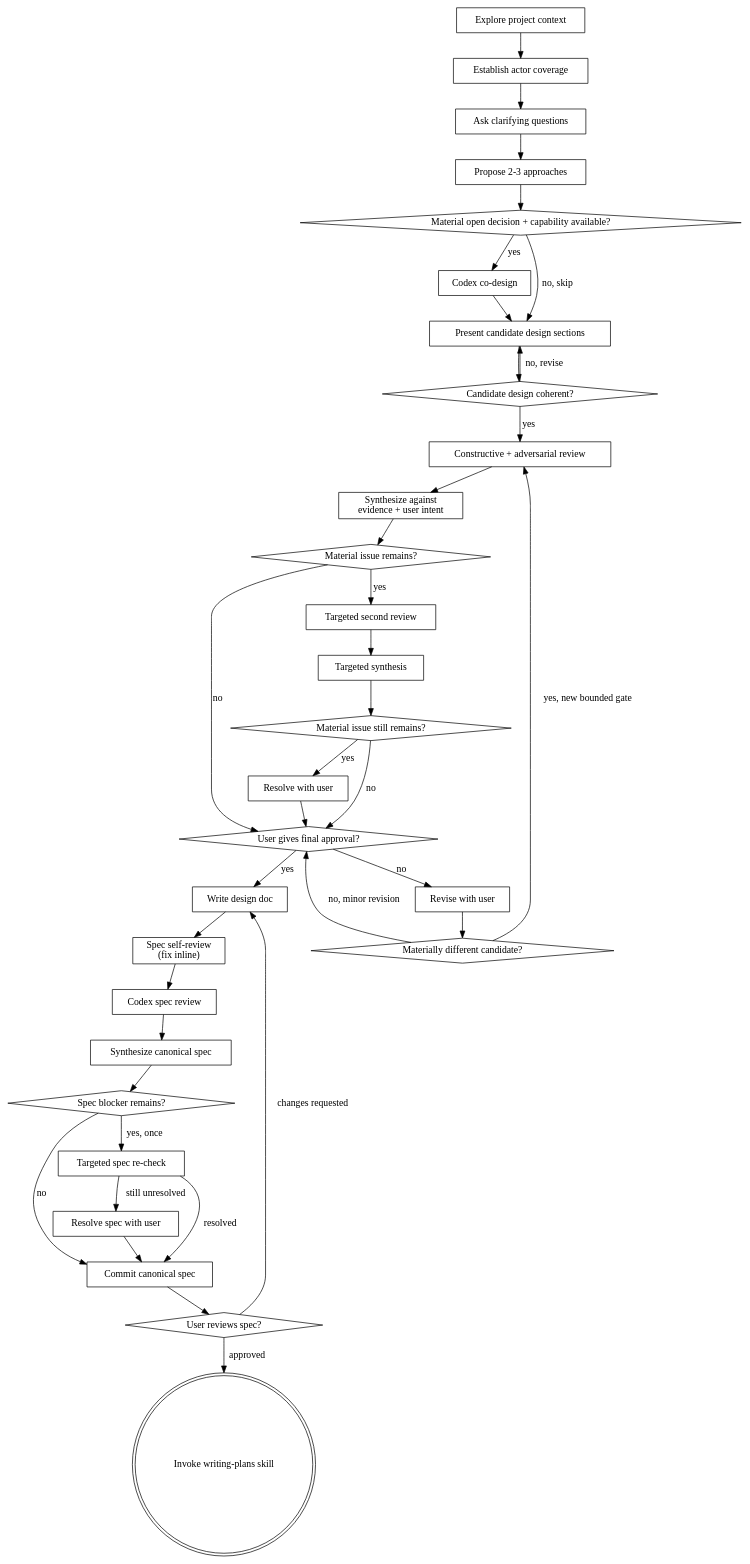
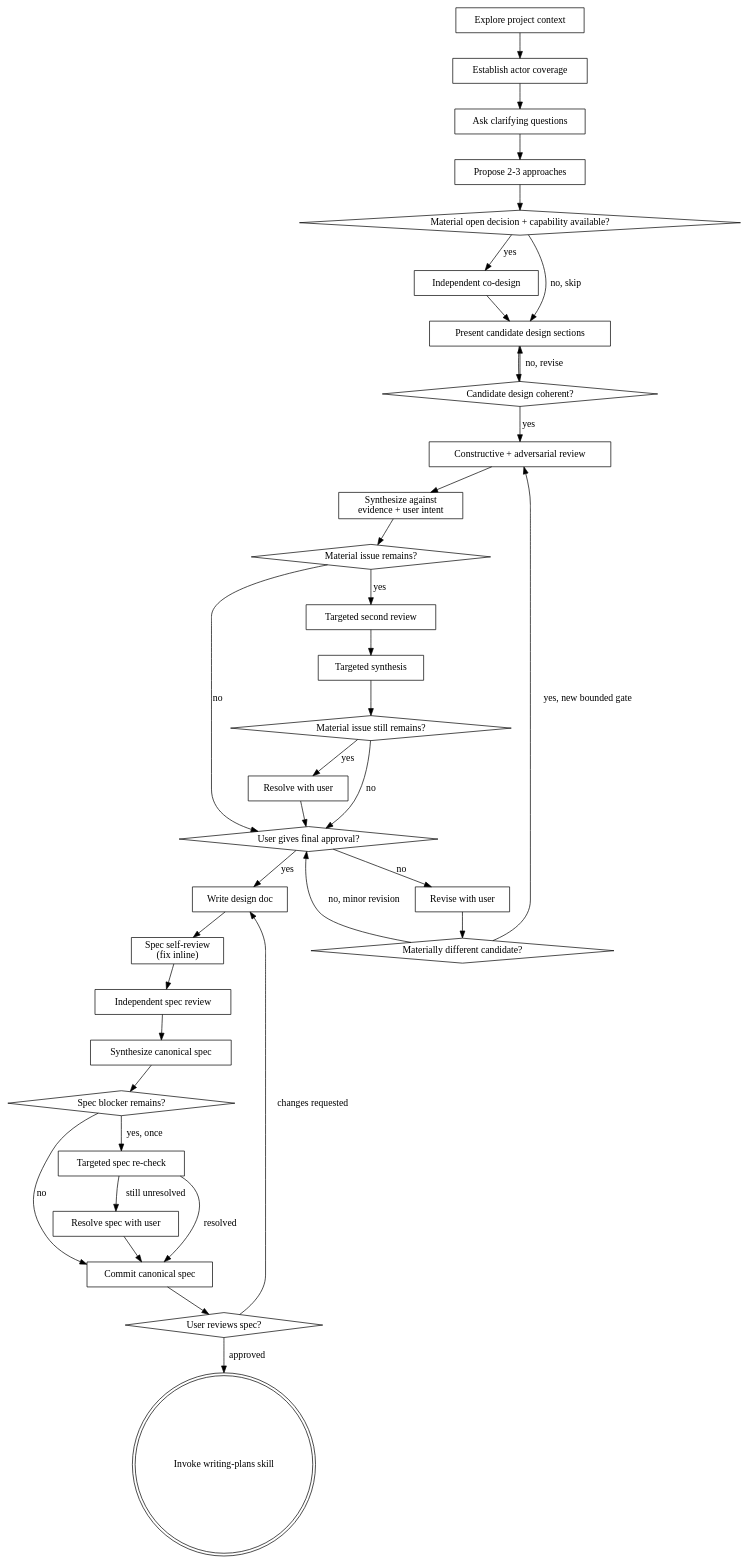
The diagram in skills/brainstorming/SKILL.md (stratusdesign/sd-superpowers), drawn with Graphviz before and after one commit. The commit also changed other lines of this file and 5 other files, not shown here.

````diff
--- a/skills/brainstorming/SKILL.md
+++ b/skills/brainstorming/SKILL.md
@@ -40,69 +40,69 @@
 ```dot
 digraph brainstorming {
     "Explore project context" [shape=box];
     "Establish actor coverage" [shape=box];
     "Ask clarifying questions" [shape=box];
     "Propose 2-3 approaches" [shape=box];
     "Material open decision + capability available?" [shape=diamond];
-    "Codex co-design" [shape=box];
+    "Independent co-design" [shape=box];
     "Present candidate design sections" [shape=box];
     "Candidate design coherent?" [shape=diamond];
     "Constructive + adversarial review" [shape=box];
     "Synthesize against\nevidence + user intent" [shape=box];
     "Material issue remains?" [shape=diamond];
     "Targeted second review" [shape=box];
     "Targeted synthesis" [shape=box];
     "Material issue still remains?" [shape=diamond];
     "Resolve with user" [shape=box];
     "User gives final approval?" [shape=diamond];
     "Revise with user" [shape=box];
     "Materially different candidate?" [shape=diamond];
     "Write design doc" [shape=box];
     "Spec self-review\n(fix inline)" [shape=box];
-    "Codex spec review" [shape=box];
+    "Independent spec review" [shape=box];
     "Synthesize canonical spec" [shape=box];
     "Spec blocker remains?" [shape=diamond];
     "Targeted spec re-check" [shape=box];
     "Resolve spec with user" [shape=box];
     "Commit canonical spec" [shape=box];
     "User reviews spec?" [shape=diamond];
     "Invoke writing-plans skill" [shape=doublecircle];
 
     "Explore project context" -> "Establish actor coverage";
     "Establish actor coverage" -> "Ask clarifying questions";
     "Ask clarifying questions" -> "Propose 2-3 approaches";
     "Propose 2-3 approaches" -> "Material open decision + capability available?";
-    "Material open decision + capability available?" -> "Codex co-design" [label="yes"];
+    "Material open decision + capability available?" -> "Independent co-design" [label="yes"];
     "Material open decision + capability available?" -> "Present candidate design sections" [label="no, skip"];
-    "Codex co-design" -> "Present candidate design sections";
+    "Independent co-design" -> "Present candidate design sections";
     "Present candidate design sections" -> "Candidate design coherent?";
     "Candidate design coherent?" -> "Present candidate design sections" [label="no, revise"];
     "Candidate design coherent?" -> "Constructive + adversarial review" [label="yes"];
     "Constructive + adversarial review" -> "Synthesize against\nevidence + user intent";
     "Synthesize against\nevidence + user intent" -> "Material issue remains?";
     "Material issue remains?" -> "Targeted second review" [label="yes"];
     "Targeted second review" -> "Targeted synthesis";
     "Targeted synthesis" -> "Material issue still remains?";
     "Material issue still remains?" -> "Resolve with user" [label="yes"];
     "Resolve with user" -> "User gives final approval?";
     "Material issue still remains?" -> "User gives final approval?" [label="no"];
     "Material issue remains?" -> "User gives final approval?" [label="no"];
     "User gives final approval?" -> "Revise with user" [label="no"];
     "Revise with user" -> "Materially different candidate?";
     "Materially different candidate?" -> "Constructive + adversarial review" [label="yes, new bounded gate"];
     "Materially different candidate?" -> "User gives final approval?" [label="no, minor revision"];
     "User gives final approval?" -> "Write design doc" [label="yes"];
     "Write design doc" -> "Spec self-review\n(fix inline)";
-    "Spec self-review\n(fix inline)" -> "Codex spec review";
-    "Codex spec review" -> "Synthesize canonical spec";
+    "Spec self-review\n(fix inline)" -> "Independent spec review";
+    "Independent spec review" -> "Synthesize canonical spec";
     "Synthesize canonical spec" -> "Spec blocker remains?";
     "Spec blocker remains?" -> "Targeted spec re-check" [label="yes, once"];
     "Targeted spec re-check" -> "Resolve spec with user" [label="still unresolved"];
     "Targeted spec re-check" -> "Commit canonical spec" [label="resolved"];
     "Resolve spec with user" -> "Commit canonical spec";
     "Spec blocker remains?" -> "Commit canonical spec" [label="no"];
     "Commit canonical spec" -> "User reviews spec?";
     "User reviews spec?" -> "Write design doc" [label="changes requested"];
     "User reviews spec?" -> "Invoke writing-plans skill" [label="approved"];
 }
 ```
````
